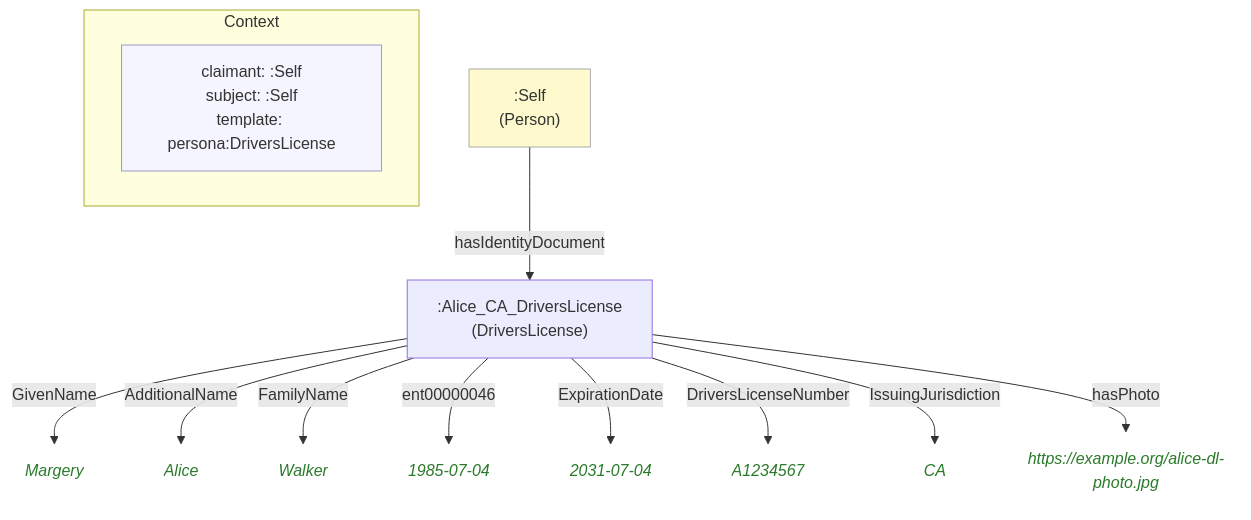
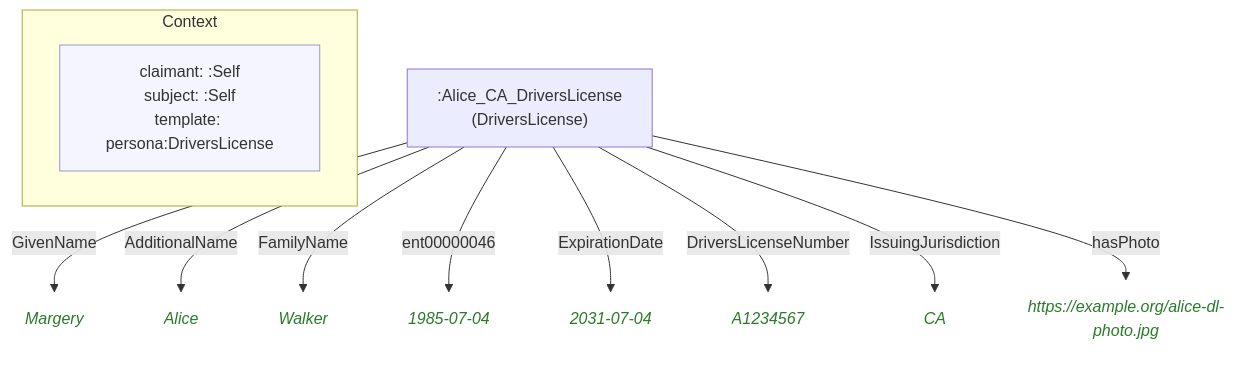
Before and after one commit to MeeFoundation/mia-ontologies: the diagram in example/contexts/images/self.self(california-dmv)(state)(15).mmd, drawn with Mermaid. The commit also changed 62 other files, not shown here.

First line of the commit message:
Remove dead PDN-identity plumbing; consolidate :Self's type into self.ttl

```diff
--- a/example/contexts/images/self.self(california-dmv)(state)(15).mmd
+++ b/example/contexts/images/self.self(california-dmv)(state)(15).mmd
@@ -1,32 +1,30 @@
 flowchart TD
     classDef person fill:#fffacd,stroke:#aaa,color:#333
     classDef grp    fill:#d4edda,stroke:#aaa,color:#333
     classDef org    fill:#cce5ff,stroke:#aaa,color:#333
     classDef lit    fill:none,stroke:none,font-style:italic,color:#2a7a2a
     classDef meta   fill:#f5f5ff,stroke:#9999cc,color:#333
 
     subgraph ctx["Context"]
         direction LR
         ctx_meta["claimant: :Self\nsubject: :Self\ntemplate: persona:DriversLicense"]:::meta
     end
 
     naafab809f865[":Alice_CA_DriversLicense\n(DriversLicense)"]
-    n3b258088e432("Margery"):::lit
-    nbcc66cbcd4be("Alice"):::lit
-    nd1736ca41212("Walker"):::lit
-    n92877df6bcae("1985-07-04"):::lit
-    n27d8a015b23c("2031-07-04"):::lit
-    n301a2c809c2f("A1234567"):::lit
-    n90ab74b05dcc("CA"):::lit
+    neb57ca28d5ca("Margery"):::lit
+    n2fe8fdf6142e("Alice"):::lit
+    n126a44beab4b("Walker"):::lit
+    n3acc7aaf7efb("1985-07-04"):::lit
+    n6943a90a32a4("2031-07-04"):::lit
+    n2fb36671e8e7("A1234567"):::lit
+    n19c92ed74b98("CA"):::lit
     n2d7288ec7ae7("https://example.org/alice-dl-photo.jpg"):::lit
-    ne0c3ba92f1db[":Self\n(Person)"]:::person
 
-    naafab809f865 -->|"GivenName"| n3b258088e432
-    naafab809f865 -->|"AdditionalName"| nbcc66cbcd4be
-    naafab809f865 -->|"FamilyName"| nd1736ca41212
-    naafab809f865 -->|"ent00000046"| n92877df6bcae
-    naafab809f865 -->|"ExpirationDate"| n27d8a015b23c
-    naafab809f865 -->|"DriversLicenseNumber"| n301a2c809c2f
-    naafab809f865 -->|"IssuingJurisdiction"| n90ab74b05dcc
+    naafab809f865 -->|"GivenName"| neb57ca28d5ca
+    naafab809f865 -->|"AdditionalName"| n2fe8fdf6142e
+    naafab809f865 -->|"FamilyName"| n126a44beab4b
+    naafab809f865 -->|"ent00000046"| n3acc7aaf7efb
+    naafab809f865 -->|"ExpirationDate"| n6943a90a32a4
+    naafab809f865 -->|"DriversLicenseNumber"| n2fb36671e8e7
+    naafab809f865 -->|"IssuingJurisdiction"| n19c92ed74b98
     naafab809f865 -->|"hasPhoto"| n2d7288ec7ae7
-    ne0c3ba92f1db -->|"hasIdentityDocument"| naafab809f865
```
